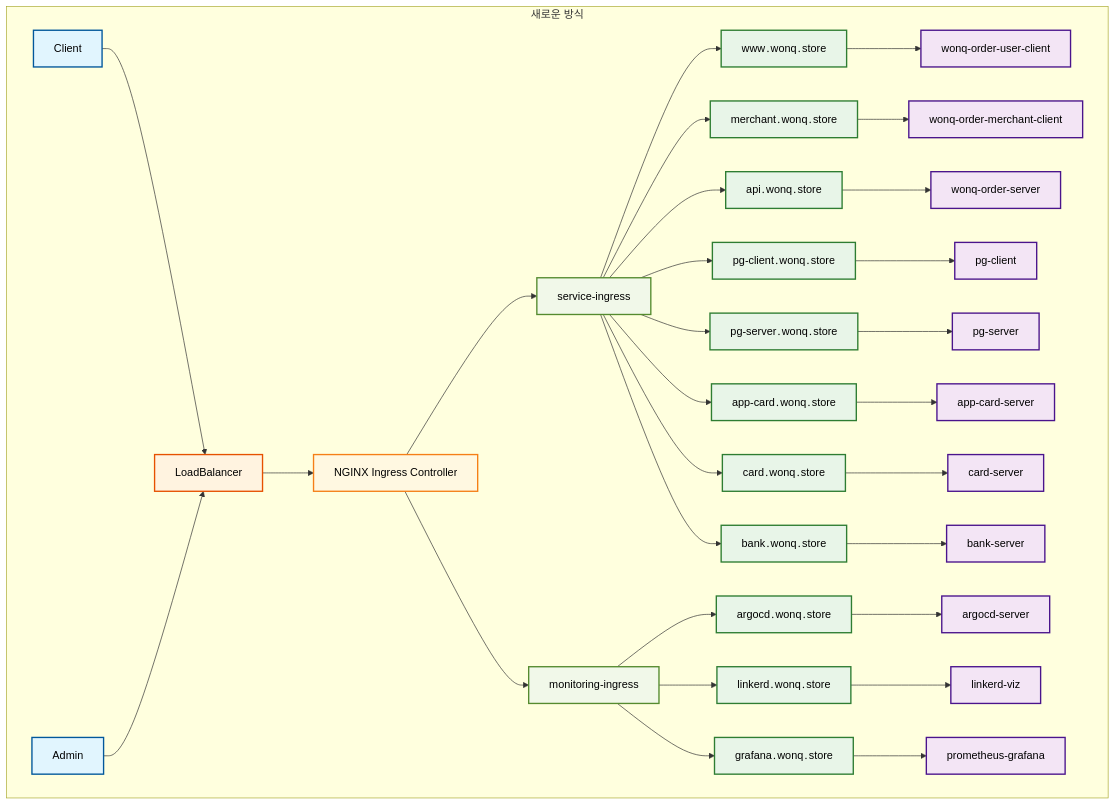
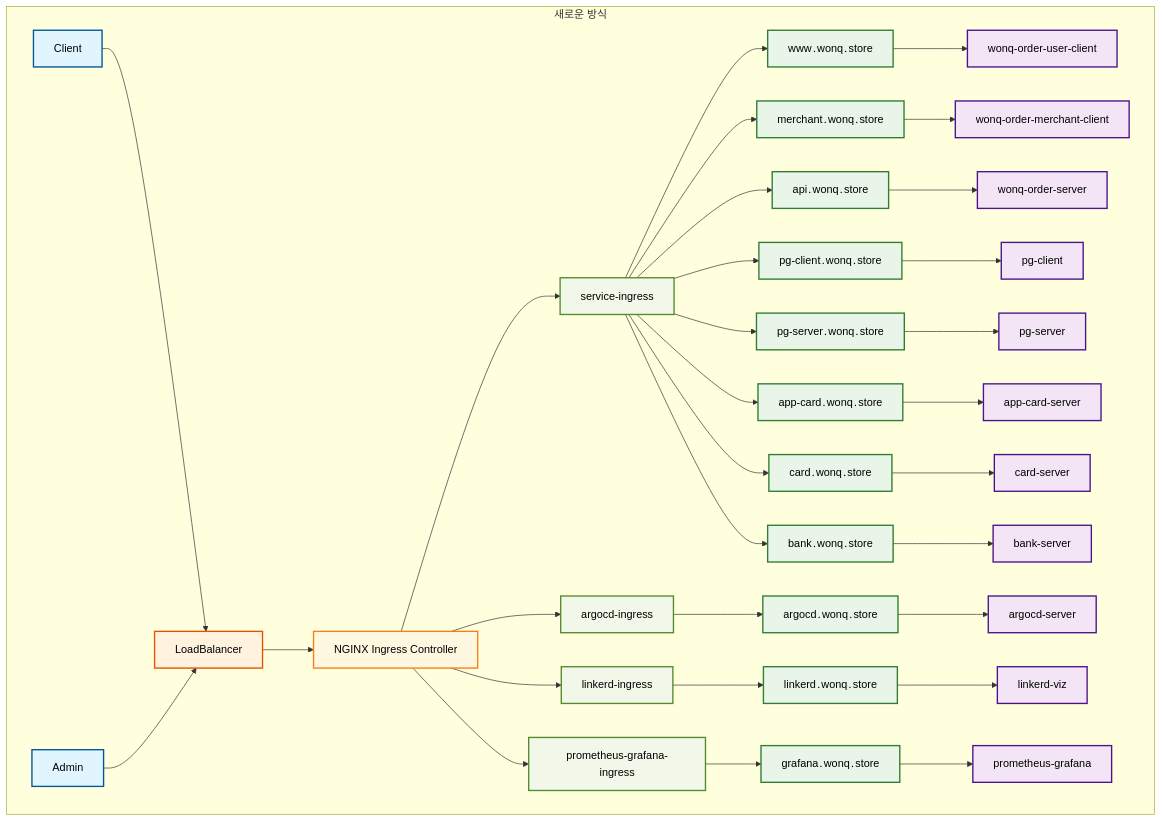
Before and after one commit to namsh1125/wonq-tech-blog: the second of 3 diagrams in blog/2025-05-29/gcp-load-balancer-quota-exceeded-troubleshooting.md, drawn with Mermaid. The commit also changed other lines of this file, not shown here.

Commit message:
Update: 인그레스 리소스 수정

````diff
--- a/blog/2025-05-29/gcp-load-balancer-quota-exceeded-troubleshooting.md
+++ b/blog/2025-05-29/gcp-load-balancer-quota-exceeded-troubleshooting.md
@@ -108,53 +108,55 @@
 ```mermaid
 graph TB
     subgraph "새로운 방식"
         A1[Client] --> L1[LoadBalancer]
         A2[Admin] --> L1
         L1 --> I1[NGINX Ingress Controller]
 
         I1 --> R1[service-ingress]
-        I1 --> R2[monitoring-ingress]
+        I1 --> R2[argocd-ingress]
+        I1 --> R3[linkerd-ingress]
+        I1 --> R4[prometheus-grafana-ingress]
 
         R1 --> D1["www․wonq․store"]
         R1 --> D2["merchant․wonq․store"]
         R1 --> D3["api․wonq․store"]
         R1 --> D4["pg-client․wonq․store"]
         R1 --> D5["pg-server․wonq․store"]
         R1 --> D6["app-card․wonq․store"]
         R1 --> D7["card․wonq․store"]
         R1 --> D8["bank․wonq․store"]
 
         R2 --> D9["argocd․wonq․store"]
-        R2 --> D10["linkerd․wonq․store"]
-        R2 --> D11["grafana․wonq․store"]
+        R3 --> D10["linkerd․wonq․store"]
+        R4 --> D11["grafana․wonq․store"]
 
         D1 --> S1[wonq-order-user-client]
         D2 --> S2[wonq-order-merchant-client]
         D3 --> S3[wonq-order-server]
         D4 --> S4[pg-client]
         D5 --> S5[pg-server]
         D6 --> S6[app-card-server]
         D7 --> S7[card-server]
         D8 --> S8[bank-server]
         D9 --> M1[argocd-server]
         D10 --> M2[linkerd-viz]
         D11 --> M3[prometheus-grafana]
     end
 
 %% 색상 스타일 정의
     classDef clientStyle fill:#e1f5fe,stroke:#01579b,stroke-width:2px,color:#000
     classDef lbStyle fill:#fff3e0,stroke:#e65100,stroke-width:2px,color:#000
     classDef ingressStyle fill:#fff8e1,stroke:#f57f17,stroke-width:2px,color:#000
     classDef resourceStyle fill:#f1f8e9,stroke:#558b2f,stroke-width:2px,color:#000
     classDef domainStyle fill:#e8f5e8,stroke:#2e7d32,stroke-width:2px,color:#000
     classDef serviceStyle fill:#f3e5f5,stroke:#4a148c,stroke-width:2px,color:#000
 
 %% 클래스 적용
     class A1,A2 clientStyle
     class L1 lbStyle
     class I1 ingressStyle
-    class R1,R2 resourceStyle
+    class R1,R2,R3,R4 resourceStyle
     class D1,D2,D3,D4,D5,D6,D7,D8,D9,D10,D11 domainStyle
     class S1,S2,S3,S4,S5,S6,S7,S8 serviceStyle
     class M1,M2,M3 serviceStyle
 ```
````
